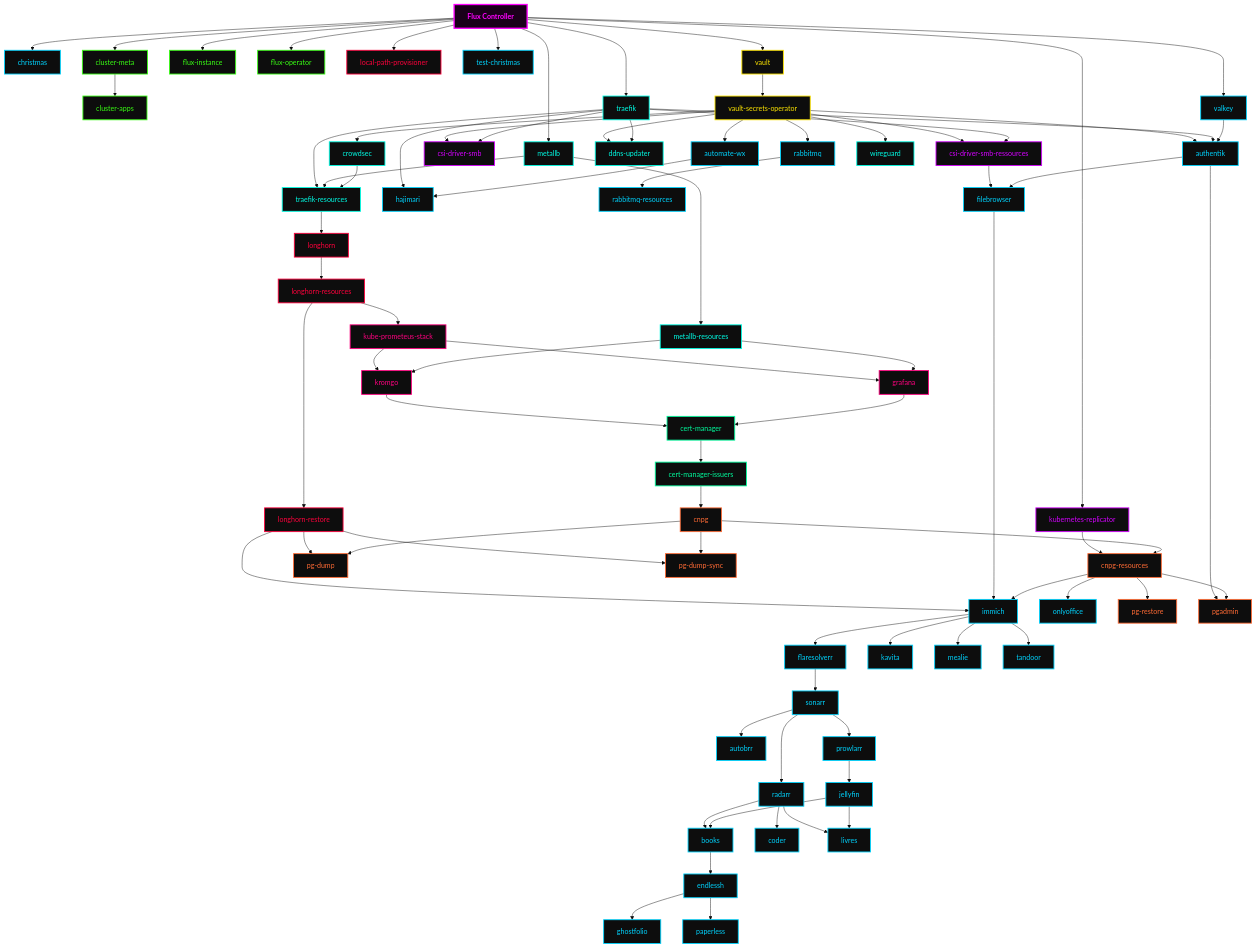
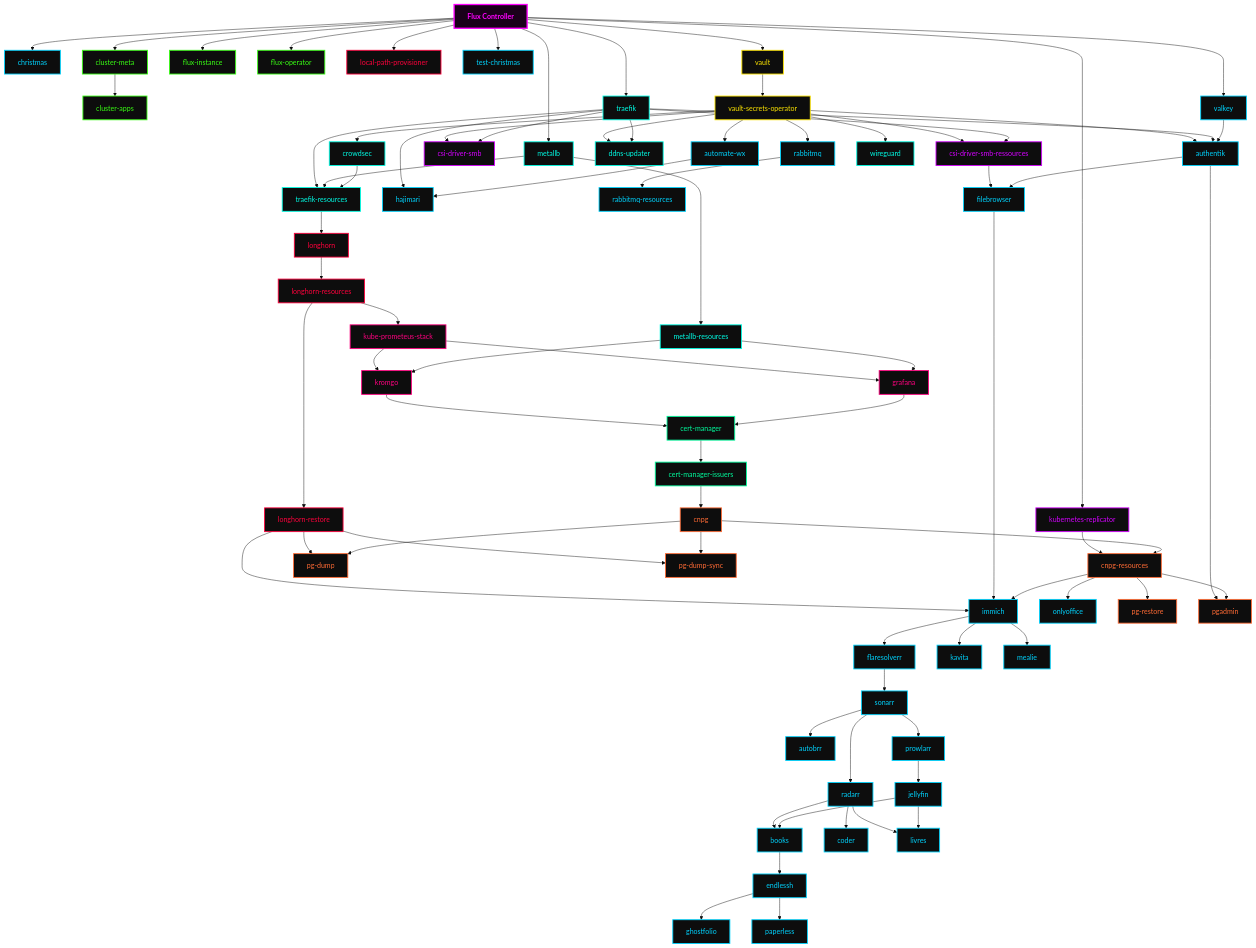
One commit to rdartus/home-ops changed the diagram in README.md. Above: the diagram before and after it, drawn with Mermaid (base theme). The commit also changed 46 other files, not shown here.

Commit message:
Adjust readme clean archive deactivate test christmas

```diff
--- a/README.md
+++ b/README.md
@@ -141,7 +141,6 @@
   default__rabbitmq_resources["rabbitmq-resources"]
   default__radarr["radarr"]
   default__sonarr["sonarr"]
-  default__tandoor["tandoor"]
   default__test_christmas["test-christmas"]
   network__traefik["traefik"]
   network__traefik_resources["traefik-resources"]
@@ -182,7 +181,6 @@
   default__immich --> default__flaresolverr
   default__immich --> default__kavita
   default__immich --> default__mealie
-  default__immich --> default__tandoor
   default__jellyfin --> default__books
   default__jellyfin --> default__livres
   default__prowlarr --> default__jellyfin
@@ -243,7 +241,7 @@
   class flux_controller cls_flux_ctrl;
   class cert_manager__cert_manager,cert_manager__cert_manager_issuers cls_cert_manager;
   class database__cnpg,database__cnpg_resources,database__pg_dump,database__pg_dump_sync,database__pg_restore,database__pgadmin cls_database;
-  class default__authentik,default__autobrr,default__automate_wx,default__books,default__christmas,default__coder,default__endlessh,default__filebrowser,default__flaresolverr,default__ghostfolio,default__hajimari,default__immich,default__jellyfin,default__kavita,default__livres,default__mealie,default__onlyoffice,default__paperless,default__prowlarr,default__rabbitmq,default__rabbitmq_resources,default__radarr,default__sonarr,default__tandoor,default__test_christmas,default__valkey cls_default;
+  class default__authentik,default__autobrr,default__automate_wx,default__books,default__christmas,default__coder,default__endlessh,default__filebrowser,default__flaresolverr,default__ghostfolio,default__hajimari,default__immich,default__jellyfin,default__kavita,default__livres,default__mealie,default__onlyoffice,default__paperless,default__prowlarr,default__rabbitmq,default__rabbitmq_resources,default__radarr,default__sonarr,default__test_christmas,default__valkey cls_default;
   class flux_system__cluster_apps,flux_system__cluster_meta,flux_system__flux_instance,flux_system__flux_operator cls_flux_system;
   class kube_system__csi_driver_smb,kube_system__csi_driver_smb_ressources,kube_system__kubernetes_replicator cls_kube_system;
   class longhorn_system__local_path_provisioner,longhorn_system__longhorn,longhorn_system__longhorn_resources,longhorn_system__longhorn_restore cls_longhorn_system;
```
